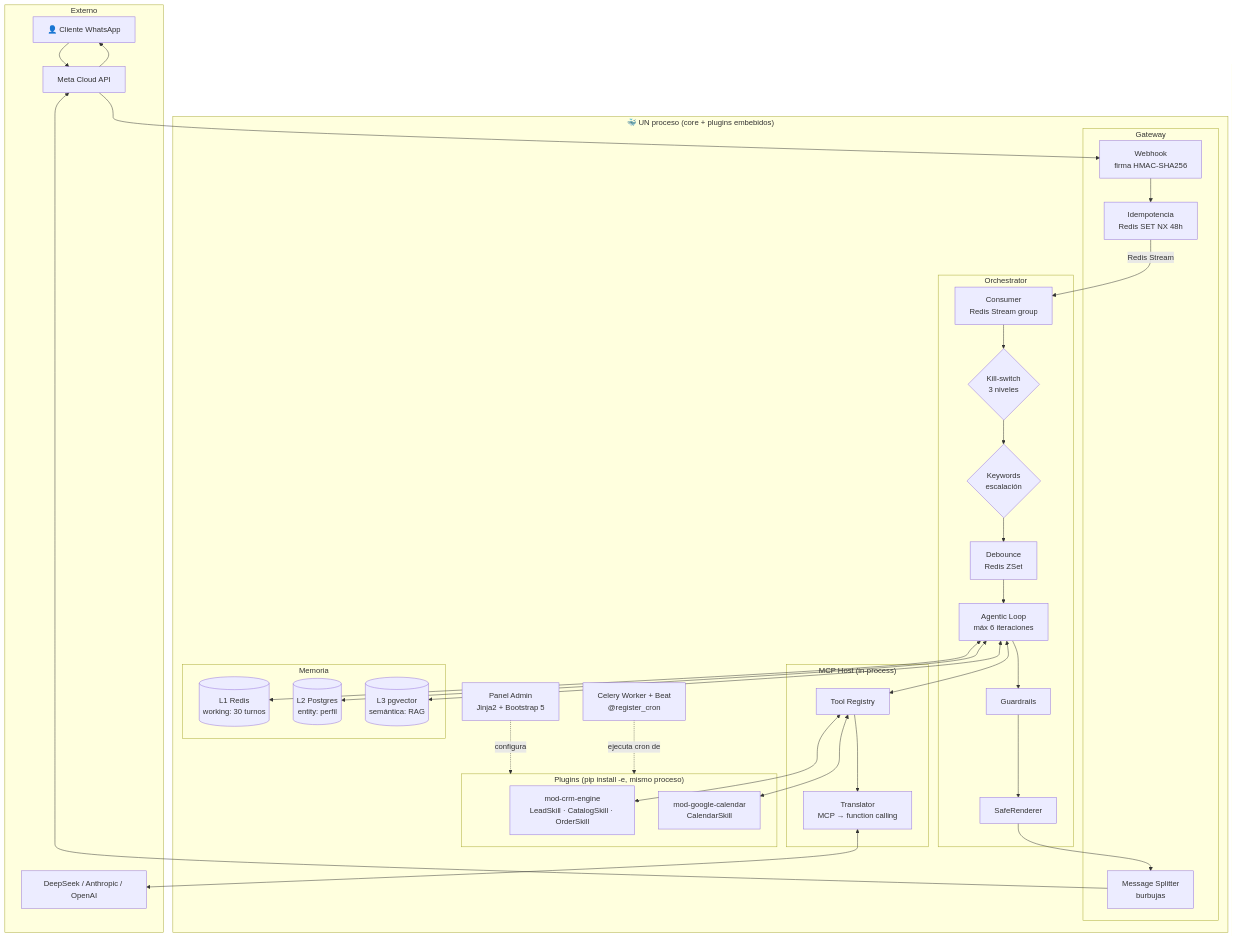
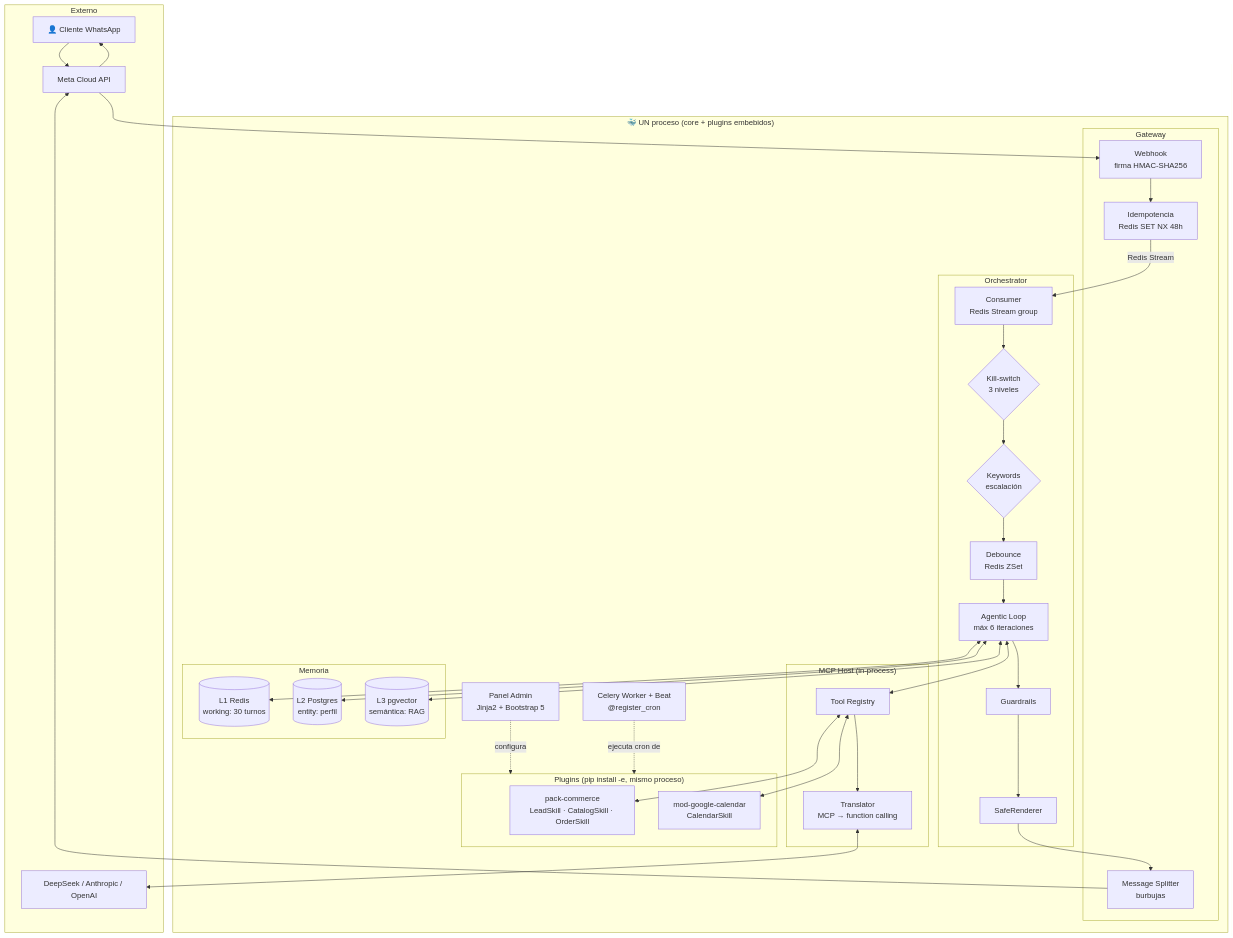
The diagram in docs/ARCHITECTURE.md (devrochy/agent-core), drawn with Mermaid before and after one commit. The commit also changed 90 other files, not shown here.

First line of the commit message:
feat(sprint-4): Fase B — extracción de pack-commerce (ADR-0020)

````diff
--- a/docs/ARCHITECTURE.md
+++ b/docs/ARCHITECTURE.md
@@ -27,50 +27,50 @@
 ```mermaid
 flowchart TB
     subgraph Externo
         U[👤 Cliente WhatsApp]
         META[Meta Cloud API]
         LLM[DeepSeek / Anthropic / OpenAI]
     end
 
     subgraph Monolito["🐳 UN proceso (core + plugins embebidos)"]
         subgraph Gateway
             WH[Webhook<br/>firma HMAC-SHA256]
             IDEM[Idempotencia<br/>Redis SET NX 48h]
             SPLIT[Message Splitter<br/>burbujas]
         end
         subgraph Orchestrator
             CONS[Consumer<br/>Redis Stream group]
             KS{Kill-switch<br/>3 niveles}
             KW{Keywords<br/>escalación}
             DEB[Debounce<br/>Redis ZSet]
             LOOP[Agentic Loop<br/>máx 6 iteraciones]
             GUARD[Guardrails]
             SAFE[SafeRenderer]
         end
         subgraph MCP["MCP Host (in-process)"]
             REG[Tool Registry]
             TRANS[Translator<br/>MCP → function calling]
         end
         subgraph Plugins["Plugins (pip install -e, mismo proceso)"]
-            CRM[mod-crm-engine<br/>LeadSkill · CatalogSkill · OrderSkill]
+            CRM[pack-commerce<br/>LeadSkill · CatalogSkill · OrderSkill]
             CAL[mod-google-calendar<br/>CalendarSkill]
         end
         subgraph Memoria
             L1[(L1 Redis<br/>working: 30 turnos)]
             L2[(L2 Postgres<br/>entity: perfil)]
             L3[(L3 pgvector<br/>semántica: RAG)]
         end
         ADMIN[Panel Admin<br/>Jinja2 + Bootstrap 5]
         CELERY[Celery Worker + Beat<br/>@register_cron]
     end
 
     U --> META --> WH --> IDEM -->|Redis Stream| CONS
     CONS --> KS --> KW --> DEB --> LOOP
     LOOP <--> L1 & L2 & L3
     LOOP <--> REG
     REG <--> CRM & CAL
     REG --> TRANS <--> LLM
     LOOP --> GUARD --> SAFE --> SPLIT --> META --> U
     ADMIN -.configura.-> Plugins
     CELERY -.ejecuta cron de.-> Plugins
 ```
````
